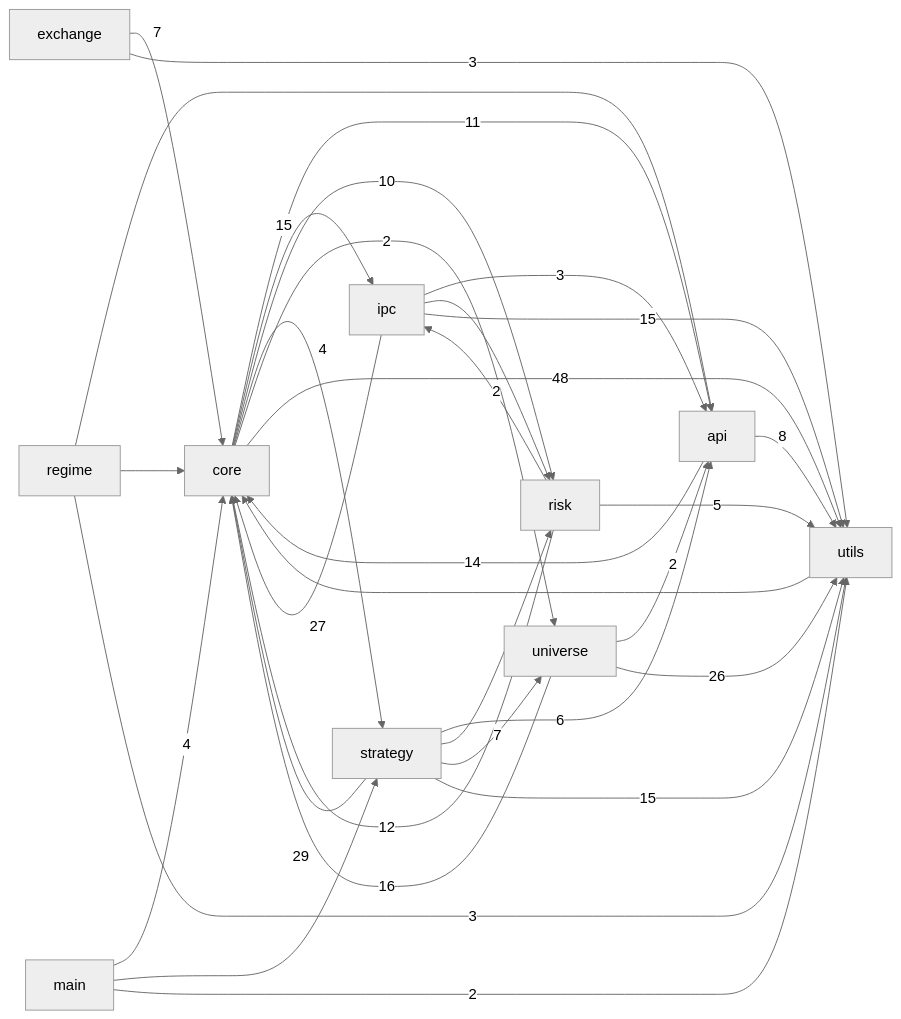
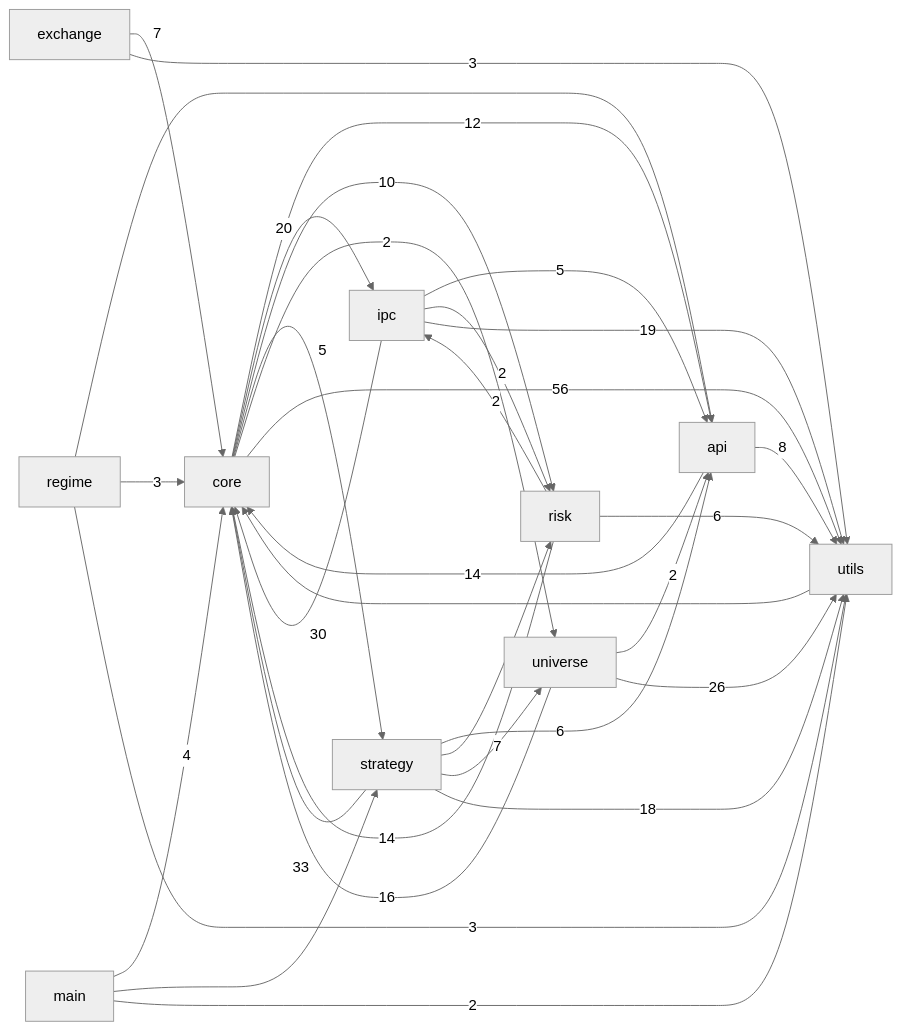
Before and after one commit to pypy8171/Quant: the first of 3 diagrams in docs/CODE_GRAPH.md, drawn with Mermaid (neutral theme). The commit also changed other lines of this file and 128 other files, not shown here.

````diff
--- a/docs/CODE_GRAPH.md
+++ b/docs/CODE_GRAPH.md
@@ -10,45 +10,45 @@
 ```mermaid
 graph LR
   main[main]
   core[core]
   strategy[strategy]
   api[api]
   universe[universe]
   risk[risk]
   ipc[ipc]
   utils[utils]
   exchange[exchange]
   regime[regime]
   api -->|14| core
   api -->|8| utils
-  core -->|11| api
-  core -->|15| ipc
+  core -->|12| api
+  core -->|20| ipc
   core -->|10| risk
-  core -->|4| strategy
+  core -->|5| strategy
   core -->|2| universe
-  core -->|48| utils
+  core -->|56| utils
   exchange -->|7| core
   exchange -->|3| utils
-  ipc -->|3| api
-  ipc -->|27| core
-  ipc --> risk
-  ipc -->|15| utils
+  ipc -->|5| api
+  ipc -->|30| core
+  ipc -->|2| risk
+  ipc -->|19| utils
   main -->|4| core
   main --> strategy
   main -->|2| utils
   regime --> api
-  regime --> core
+  regime -->|3| core
   regime -->|3| utils
-  risk -->|12| core
+  risk -->|14| core
   risk -->|2| ipc
-  risk -->|5| utils
+  risk -->|6| utils
   strategy -->|6| api
-  strategy -->|29| core
+  strategy -->|33| core
   strategy --> risk
   strategy -->|7| universe
-  strategy -->|15| utils
+  strategy -->|18| utils
   universe -->|2| api
   universe -->|16| core
   universe -->|26| utils
   utils --> core
 ```
````
